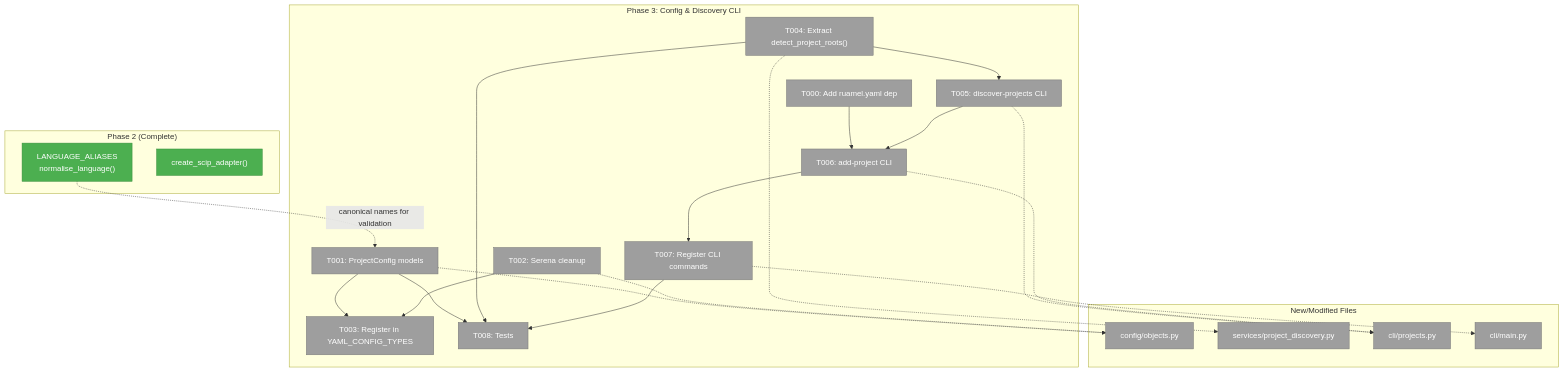
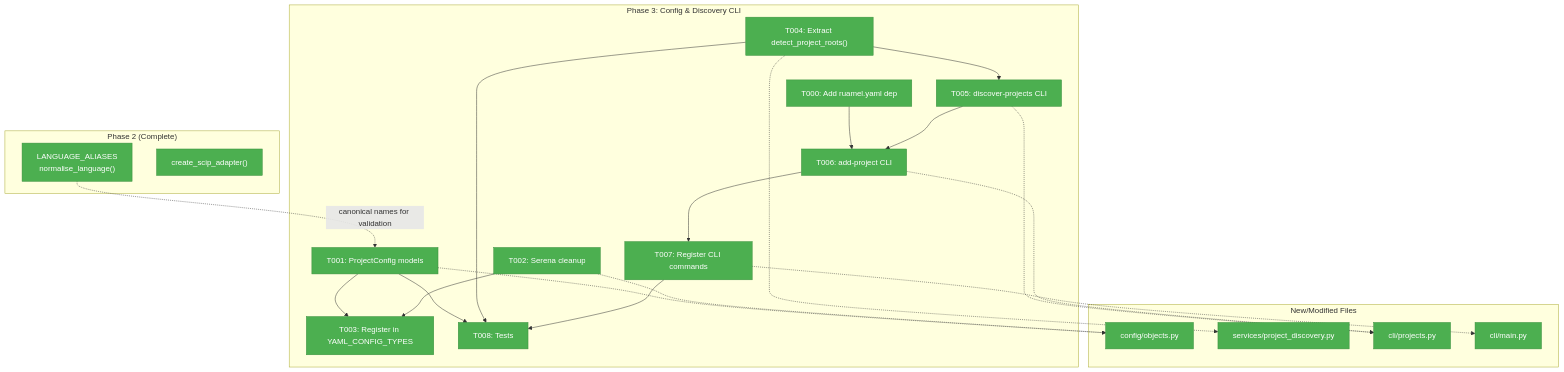
One commit to AI-Substrate/flow_squared changed the diagram in docs/plans/038-scip-cross-file-rels/tasks/phase-3-config-discovery-cli/tasks.md. Above: the diagram before and after it, drawn with Mermaid. The commit also changed other lines of this file and 24 other files, not shown here.

First line of the commit message:
Phase 3: Config models, project discovery CLI, Serena removal

````diff
--- a/docs/plans/038-scip-cross-file-rels/tasks/phase-3-config-discovery-cli/tasks.md
+++ b/docs/plans/038-scip-cross-file-rels/tasks/phase-3-config-discovery-cli/tasks.md
@@ -93,47 +93,47 @@
 ```mermaid
 flowchart TD
     classDef pending fill:#9E9E9E,stroke:#757575,color:#fff
     classDef completed fill:#4CAF50,stroke:#388E3C,color:#fff
 
     subgraph Phase2["Phase 2 (Complete)"]
         ALIASES["LANGUAGE_ALIASES\nnormalise_language()"]:::completed
         FACTORY["create_scip_adapter()"]:::completed
     end
 
     subgraph Phase3["Phase 3: Config & Discovery CLI"]
-        T000["T000: Add ruamel.yaml dep"]:::pending
-        T001["T001: ProjectConfig models"]:::pending
-        T002["T002: Serena cleanup"]:::pending
-        T003["T003: Register in YAML_CONFIG_TYPES"]:::pending
-        T004["T004: Extract detect_project_roots()"]:::pending
-        T005["T005: discover-projects CLI"]:::pending
-        T006["T006: add-project CLI"]:::pending
-        T007["T007: Register CLI commands"]:::pending
-        T008["T008: Tests"]:::pending
+        T000["T000: Add ruamel.yaml dep"]:::completed
+        T001["T001: ProjectConfig models"]:::completed
+        T002["T002: Serena cleanup"]:::completed
+        T003["T003: Register in YAML_CONFIG_TYPES"]:::completed
+        T004["T004: Extract detect_project_roots()"]:::completed
+        T005["T005: discover-projects CLI"]:::completed
+        T006["T006: add-project CLI"]:::completed
+        T007["T007: Register CLI commands"]:::completed
+        T008["T008: Tests"]:::completed
 
         T000 --> T006
         T001 --> T003
         T002 --> T003
         T004 --> T005
         T005 --> T006
         T006 --> T007
         T001 --> T008
         T004 --> T008
         T007 --> T008
     end
 
     subgraph Files["New/Modified Files"]
-        F1["config/objects.py"]:::pending
-        F2["services/project_discovery.py"]:::pending
-        F3["cli/projects.py"]:::pending
-        F4["cli/main.py"]:::pending
+        F1["config/objects.py"]:::completed
+        F2["services/project_discovery.py"]:::completed
+        F3["cli/projects.py"]:::completed
+        F4["cli/main.py"]:::completed
     end
 
     ALIASES -.->|"canonical names for validation"| T001
     T001 -.-> F1
     T002 -.-> F1
     T004 -.-> F2
     T005 -.-> F3
     T006 -.-> F3
     T007 -.-> F4
 ```
````
